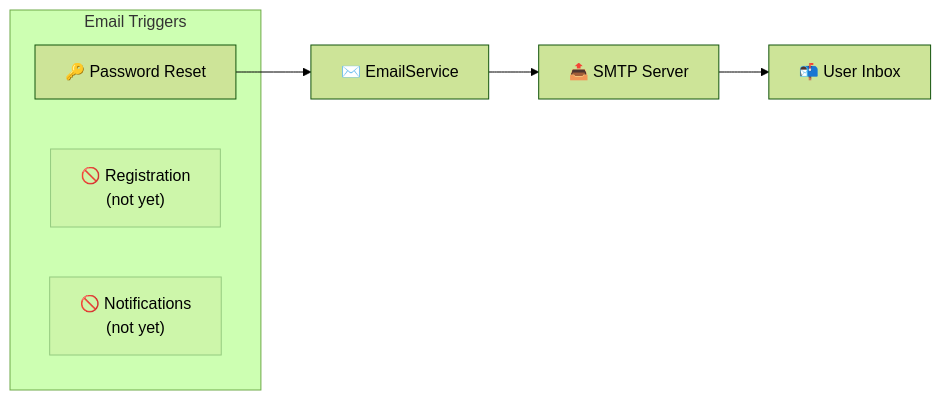
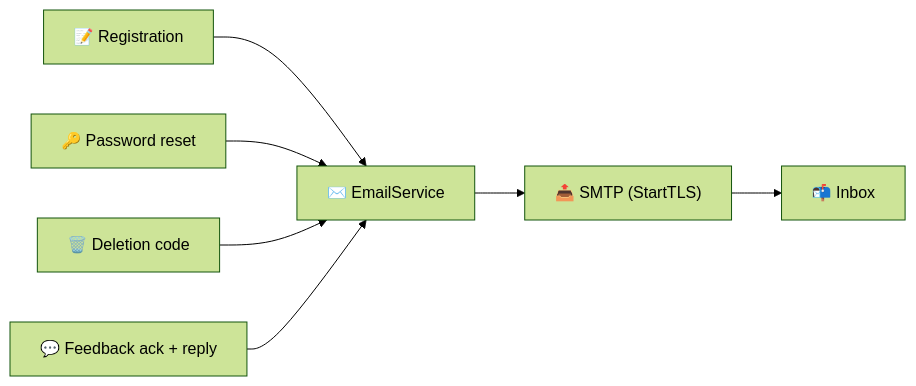
The diagram in architecture/email-service/en.md (AndDev741/Beyou-arch-design), drawn with Mermaid (forest theme) before and after one commit. The commit also changed other lines of this file and 3 other files, not shown here.

First line of the commit message:
docs(architecture): the email topic catches up to five mails

````diff
--- a/architecture/email-service/en.md
+++ b/architecture/email-service/en.md
@@ -12,15 +22,8 @@
 ```mermaid
 flowchart LR
-  subgraph "Email Triggers"
-    PR["🔑 Password Reset"]
-    F1["🚫 Registration<br/>(not yet)"]
-    F2["🚫 Notifications<br/>(not yet)"]
-  end
-
-  PR --> ES["✉️ EmailService"]
-  ES --> SMTP["📤 SMTP Server"]
-  SMTP --> USER["📬 User Inbox"]
-
-  style F1 opacity:0.3
-  style F2 opacity:0.3
+  REG["📝 Registration"] --> ES["✉️ EmailService"]
+  PR["🔑 Password reset"] --> ES
+  DEL["🗑️ Deletion code"] --> ES
+  FB["💬 Feedback ack + reply"] --> ES
+  ES --> SMTP["📤 SMTP (StartTLS)"] --> INBOX["📬 Inbox"]
 ```
````
